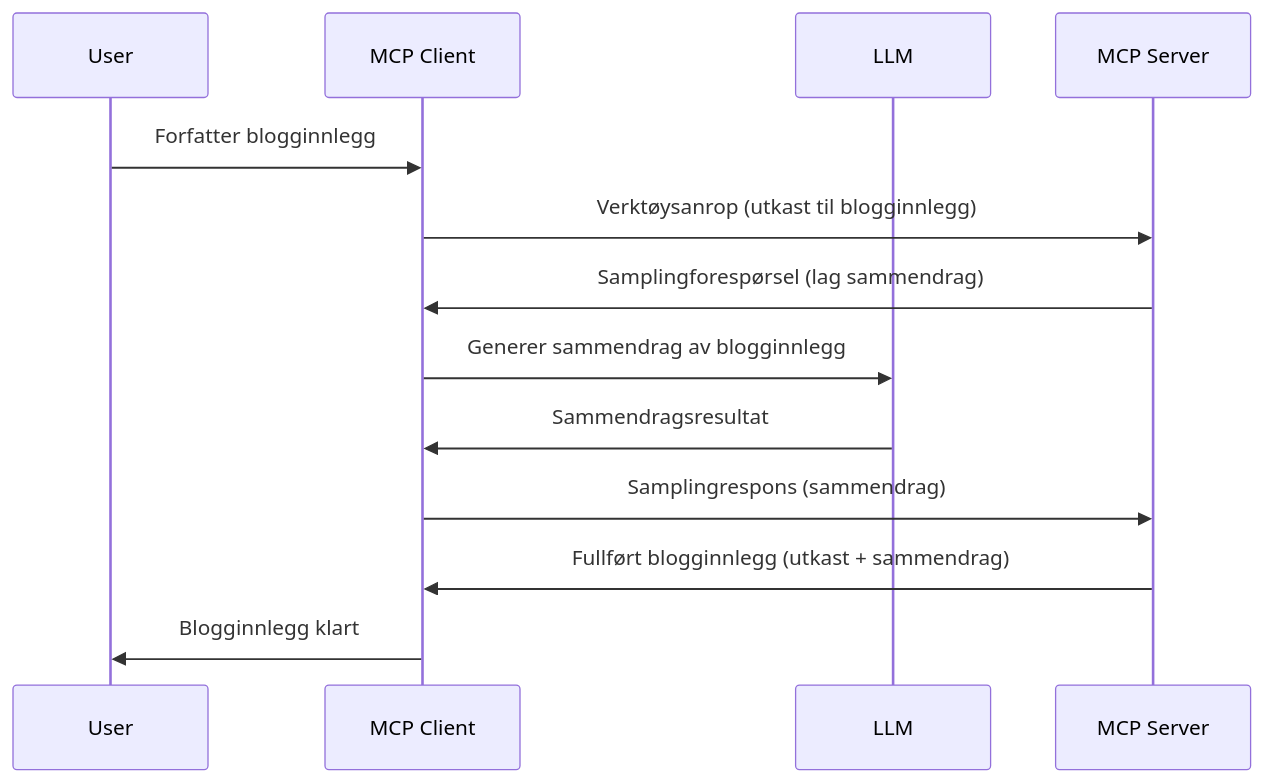
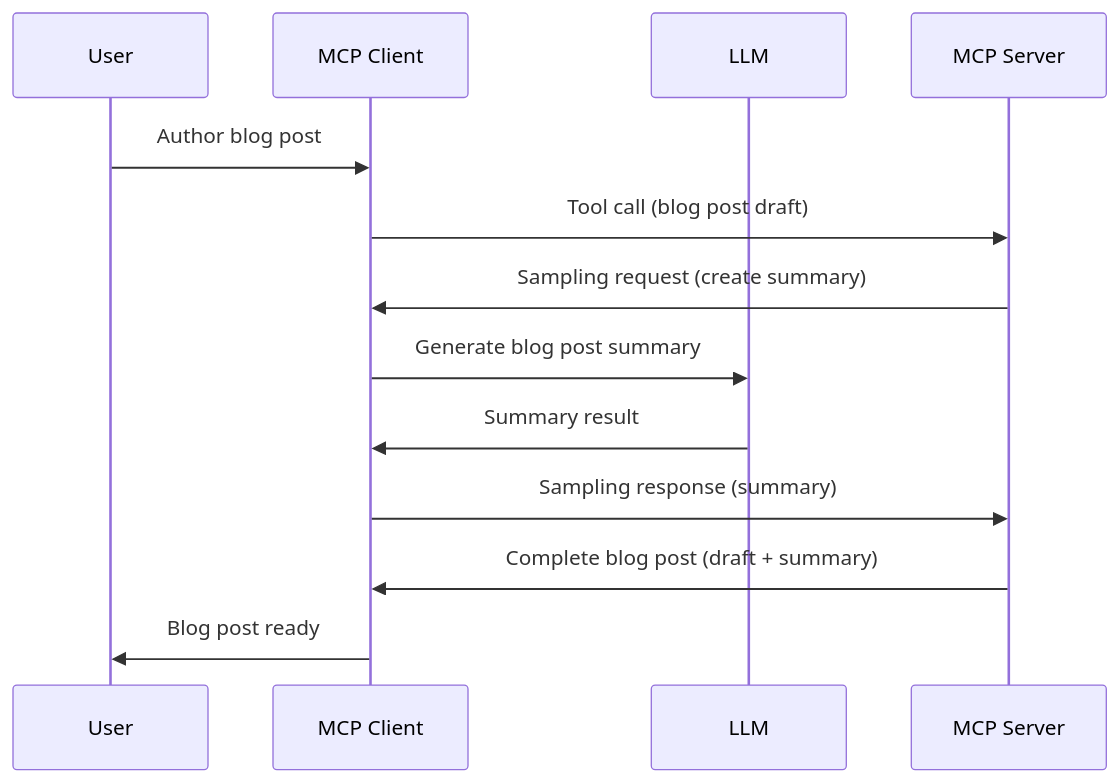
The diagram in translations/no/03-GettingStarted/14-sampling/README.md (microsoft/mcp-for-beginners), drawn with Mermaid before and after one commit. The commit also changed other lines of this file and 98 other files, not shown here.

````diff
--- a/translations/no/03-GettingStarted/14-sampling/README.md
+++ b/translations/no/03-GettingStarted/14-sampling/README.md
@@ -35,16 +35,16 @@
 ```mermaid
 sequenceDiagram
     participant User
     participant MCP Client
     participant LLM
     participant MCP Server
 
-    User->>MCP Client: Forfatter blogginnlegg
-    MCP Client->>MCP Server: Verktøysanrop (utkast til blogginnlegg)
-    MCP Server->>MCP Client: Samplingforespørsel (lag sammendrag)
-    MCP Client->>LLM: Generer sammendrag av blogginnlegg
-    LLM->>MCP Client: Sammendragsresultat
-    MCP Client->>MCP Server: Samplingrespons (sammendrag)
-    MCP Server->>MCP Client: Fullført blogginnlegg (utkast + sammendrag)
-    MCP Client->>User: Blogginnlegg klart
+    User->>MCP Client: Author blog post
+    MCP Client->>MCP Server: Tool call (blog post draft)
+    MCP Server->>MCP Client: Sampling request (create summary)
+    MCP Client->>LLM: Generate blog post summary
+    LLM->>MCP Client: Summary result
+    MCP Client->>MCP Server: Sampling response (summary)
+    MCP Server->>MCP Client: Complete blog post (draft + summary)
+    MCP Client->>User: Blog post ready
 ```
````
